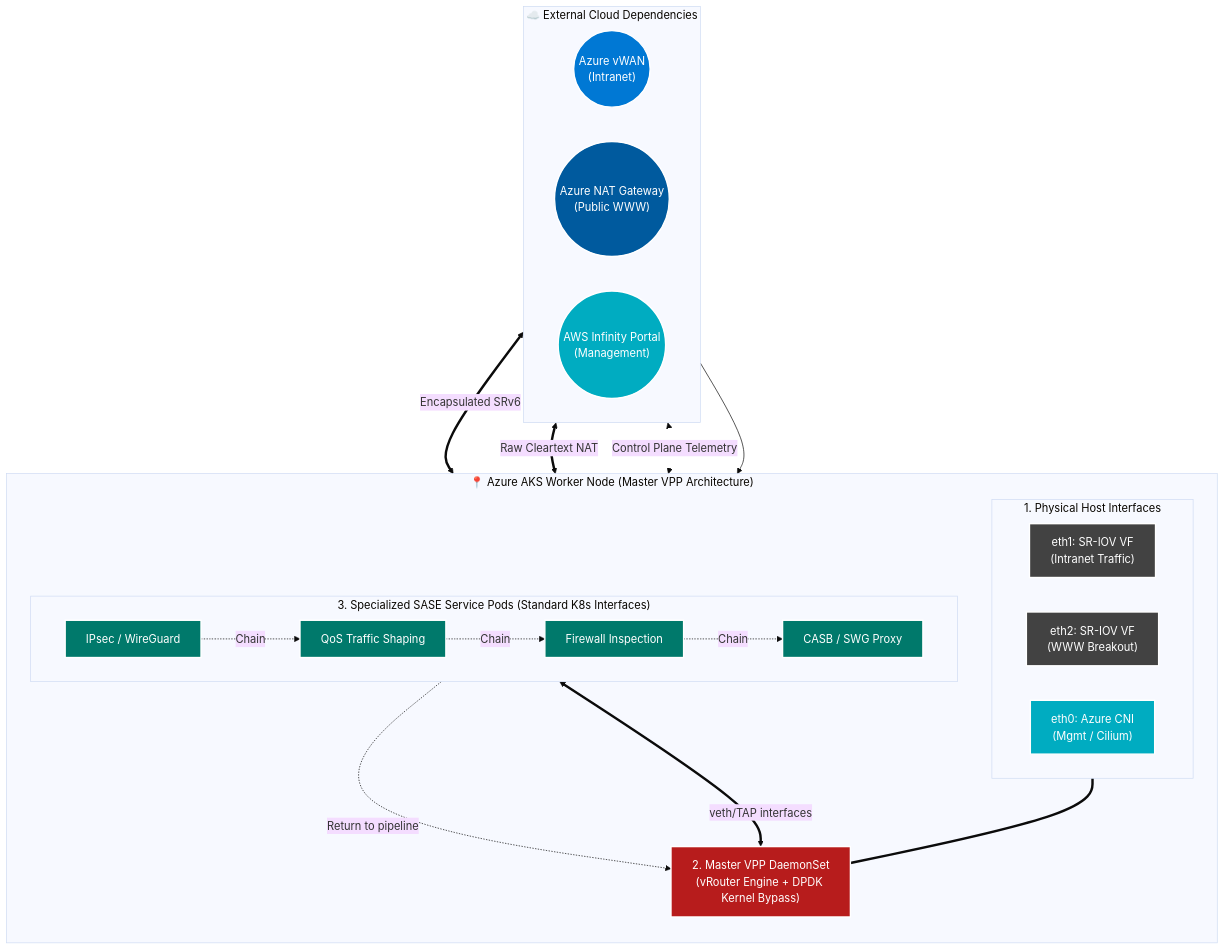
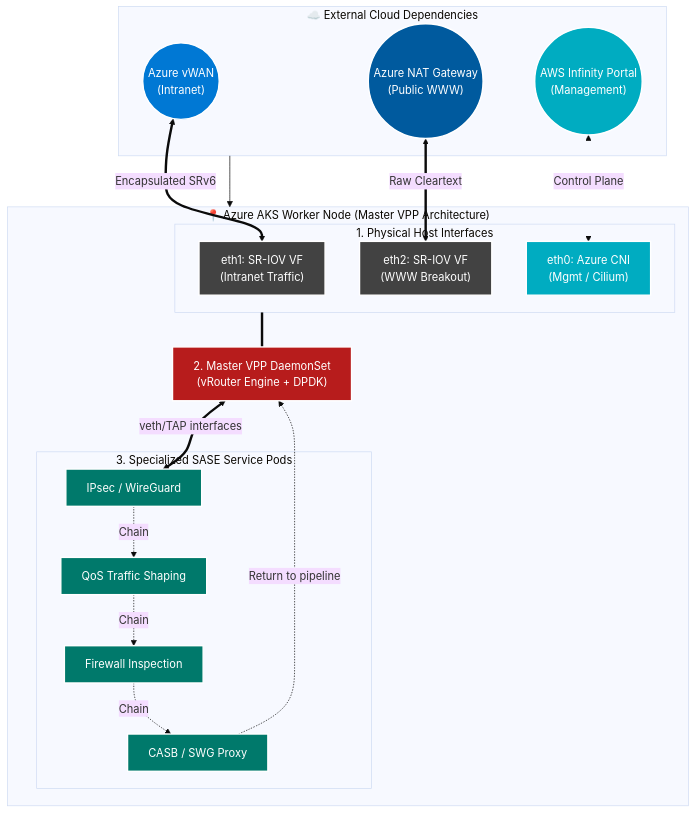
Before and after one commit to roie9876/SASE: the second of 2 diagrams in checkpoint_aks_sase.md, drawn with Mermaid (base theme).

Commit message:
fix: remove subgraph directions inside mermaid flowchart for GitHub markdown compliance

````diff
--- a/checkpoint_aks_sase.md
+++ b/checkpoint_aks_sase.md
@@ -74,54 +74,50 @@
 ```mermaid
 flowchart TD
     %% Styling
     classDef azure fill:#0078D4,stroke:#fff,stroke-width:2px,color:#fff
     classDef vpp fill:#B71C1C,stroke:#fff,stroke-width:2px,color:#fff
     classDef pod fill:#00796B,stroke:#fff,stroke-width:2px,color:#fff
     classDef hw fill:#424242,stroke:#fff,stroke-width:2px,color:#fff
     classDef mgmt fill:#00ACC1,stroke:#fff,stroke-width:2px,color:#fff
     classDef net fill:#005A9E,stroke:#fff,stroke-width:2px,color:#fff
 
     subgraph External [" ☁️ External Cloud Dependencies "]
-        direction LR
         vWAN(("Azure vWAN<br/>(Intranet)")):::azure
         NAT(("Azure NAT Gateway<br/>(Public WWW)")):::net
         Infinity(("AWS Infinity Portal<br/>(Management)")):::mgmt
     end
 
     subgraph RegionA [" 📍 Azure AKS Worker Node (Master VPP Architecture) "]
-        direction TD
         
         subgraph NICs [" 1. Physical Host Interfaces "]
-            direction LR
             eth1["eth1: SR-IOV VF<br/>(Intranet Traffic)"]:::hw
             eth2["eth2: SR-IOV VF<br/>(WWW Breakout)"]:::hw
             eth0["eth0: Azure CNI<br/>(Mgmt / Cilium)"]:::mgmt
         end
 
-        VPP["2. Master VPP DaemonSet<br/>(vRouter Engine + DPDK Kernel Bypass)"]:::vpp
+        VPP["2. Master VPP DaemonSet<br/>(vRouter Engine + DPDK)"]:::vpp
 
-        subgraph ServiceChain [" 3. Specialized SASE Service Pods (Standard K8s Interfaces) "]
-            direction LR
+        subgraph ServiceChain [" 3. Specialized SASE Service Pods "]
             IPsec["IPsec / WireGuard"]:::pod
             QoS["QoS Traffic Shaping"]:::pod
             FW["Firewall Inspection"]:::pod
             CASB["CASB / SWG Proxy"]:::pod
             
             IPsec -.->|"Chain"| QoS -.->|"Chain"| FW -.->|"Chain"| CASB
         end
         
         %% Internal Links Bottom-Up / Top-Down
         NICs === VPP
         VPP <==>|"veth/TAP interfaces"| IPsec
         CASB -.->|"Return to pipeline"| VPP
     end
     
     %% External Links (Connecting the structural blocks)
     vWAN <==>|"Encapsulated SRv6"| eth1
-    NAT <==>|"Raw Cleartext NAT"| eth2
-    Infinity <.->|"Control Plane Telemetry"| eth0
+    NAT <==>|"Raw Cleartext"| eth2
+    Infinity <.->|"Control Plane"| eth0
 
     %% Provide order for clean rendering
     External --> RegionA
     linkStyle 8 stroke-width:0px;
 ```
````
